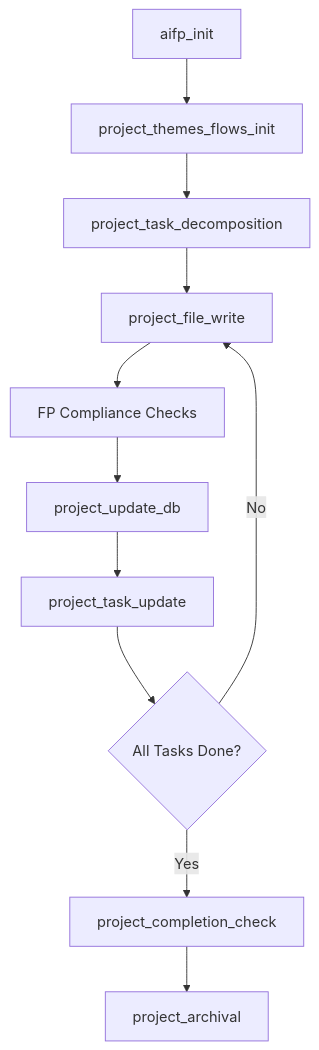
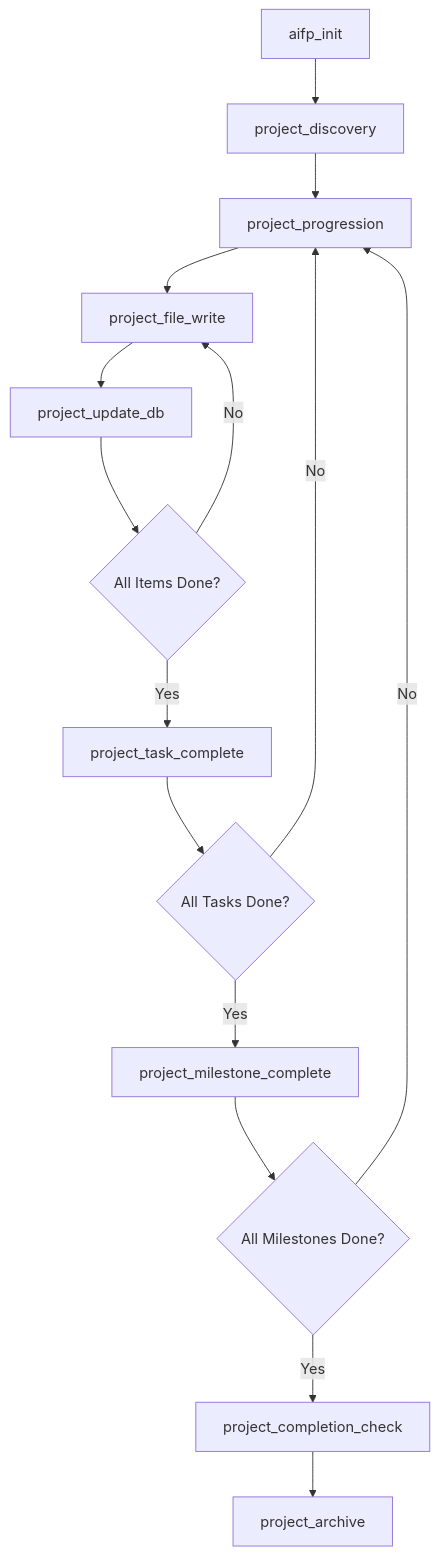
One commit to aryanduntley/AIFP changed the diagram in README.md. Above: the diagram before and after it, drawn with Mermaid. The commit also changed other lines of this file and 1 other file, not shown here.

````diff
--- a/README.md
+++ b/README.md
@@ -753,13 +736,17 @@
 ```mermaid
 graph TD
-    A[aifp_init] --> B[project_themes_flows_init]
-    B --> C[project_task_decomposition]
+    A[aifp_init] --> B[project_discovery]
+    B --> C[project_progression]
     C --> D[project_file_write]
-    D --> E[FP Compliance Checks]
-    E --> F[project_update_db]
-    F --> G[project_task_update]
+    D --> E[project_update_db]
+    E --> F{All Items Done?}
+    F -->|No| D
+    F -->|Yes| G[project_task_complete]
     G --> H{All Tasks Done?}
-    H -->|No| D
-    H -->|Yes| I[project_completion_check]
-    I --> J[project_archival]
+    H -->|No| C
+    H -->|Yes| I[project_milestone_complete]
+    I --> J{All Milestones Done?}
+    J -->|No| C
+    J -->|Yes| K[project_completion_check]
+    K --> L[project_archive]
 ```
````
